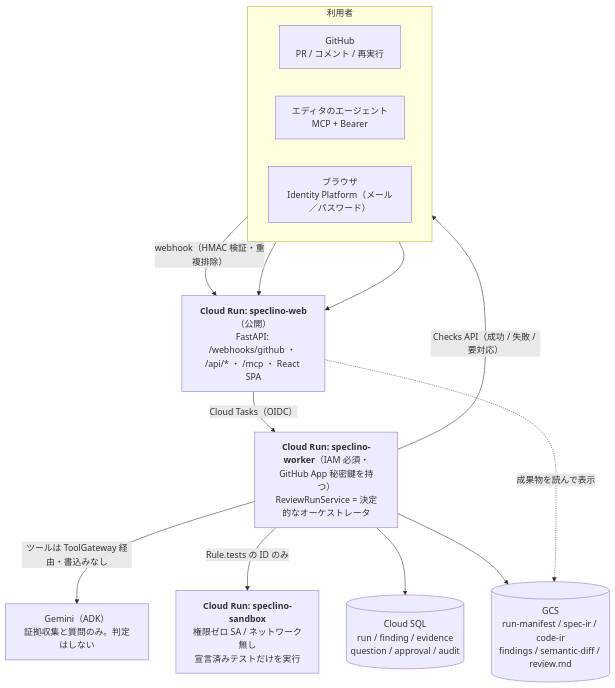
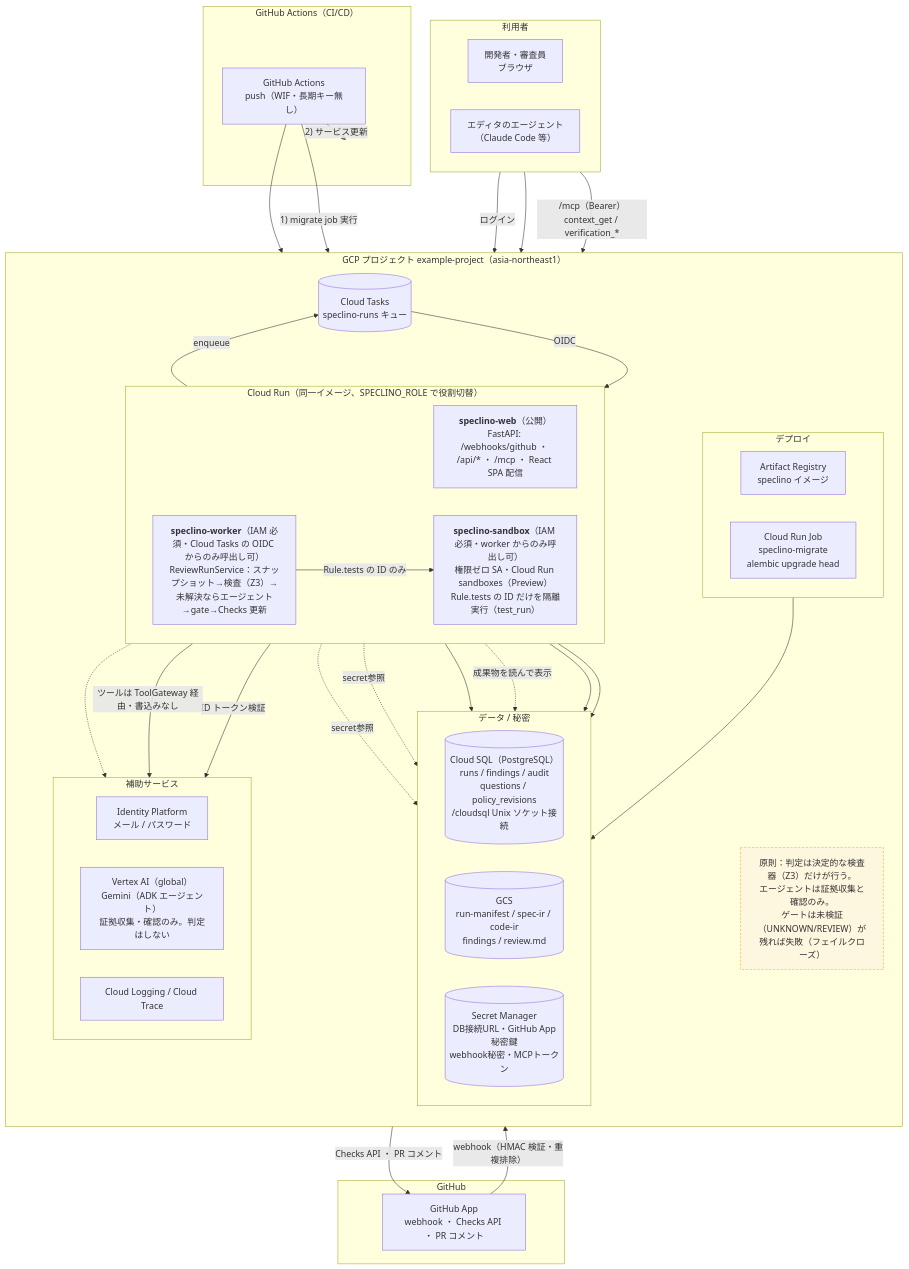
Before and after one commit to tanabe-yudai/speclino: the diagram in design/architecture.mmd, drawn with Mermaid. The commit also changed 3 other files, not shown here.

Commit message:
docs: 構成図を現在の本番構成に更新

```diff
--- a/design/architecture.mmd
+++ b/design/architecture.mmd
@@ -1,23 +1,76 @@
 flowchart TB
-  subgraph clients["利用者"]
+  subgraph USERS["利用者"]
     direction LR
-    GH["GitHub<br/>PR / コメント / 再実行"]
-    ED["エディタのエージェント<br/>MCP + Bearer"]
-    JU["ブラウザ<br/>Identity Platform（メール／パスワード）"]
+    DEV["開発者・審査員<br/>ブラウザ"]
+    ED["エディタのエージェント<br/>（Claude Code 等）"]
   end
 
-  WEB["<b>Cloud Run: speclino-web</b>（公開）<br/>FastAPI: /webhooks/github ・ /api/* ・ /mcp ・ React SPA"]
-  WORKER["<b>Cloud Run: speclino-worker</b>（IAM 必須・GitHub App 秘密鍵を持つ）<br/>ReviewRunService = 決定的なオーケストレータ"]
-  SANDBOX["<b>Cloud Run: speclino-sandbox</b><br/>権限ゼロ SA / ネットワーク無し<br/>宣言済みテストだけを実行"]
-  GEMINI["Gemini（ADK）<br/>証拠収集と質問のみ。判定はしない"]
+  subgraph GHAPPSG["GitHub"]
+    GHAPP["GitHub App<br/>webhook ・ Checks API ・ PR コメント"]
+  end
 
-  GH -- "webhook（HMAC 検証・重複排除）" --> WEB
-  ED --> WEB
-  JU --> WEB
-  WEB -- "Cloud Tasks（OIDC）" --> WORKER
-  WORKER -- "Checks API（成功 / 失敗 / 要対応）" --> GH
-  WORKER -- "ツールは ToolGateway 経由・書込みなし" --> GEMINI
+  subgraph GCP["GCP プロジェクト example-project（asia-northeast1）"]
+    direction TB
+
+    subgraph GCP_RUN["Cloud Run（同一イメージ、SPECLINO_ROLE で役割切替）"]
+      direction LR
+      WEB["<b>speclino-web</b>（公開）<br/>FastAPI: /webhooks/github ・ /api/* ・ /mcp ・ React SPA 配信"]
+      WORKER["<b>speclino-worker</b>（IAM 必須・Cloud Tasks の OIDC からのみ呼出し可）<br/>ReviewRunService：スナップショット→検査（Z3）→未解決ならエージェント→gate→Checks 更新"]
+      SANDBOX["<b>speclino-sandbox</b>（IAM 必須・worker からのみ呼出し可）<br/>権限ゼロ SA・Cloud Run sandboxes（Preview）<br/>Rule.tests の ID だけを隔離実行（test_run）"]
+    end
+
+    TASKS[("Cloud Tasks<br/>speclino-runs キュー")]
+
+    subgraph GCP_DATA["データ / 秘密"]
+      direction LR
+      SQL[("Cloud SQL（PostgreSQL）<br/>runs / findings / audit<br/>questions / policy_revisions<br/>/cloudsql Unix ソケット接続")]
+      GCS[("GCS<br/>run-manifest / spec-ir / code-ir<br/>findings / review.md")]
+      SECRETS[("Secret Manager<br/>DB接続URL・GitHub App秘密鍵<br/>webhook秘密・MCPトークン")]
+    end
+
+    subgraph GCP_AUX["補助サービス"]
+      direction LR
+      IDP["Identity Platform<br/>メール / パスワード"]
+      VERTEX["Vertex AI（global）<br/>Gemini（ADK エージェント）<br/>証拠収集・確認のみ。判定はしない"]
+      OBS["Cloud Logging / Cloud Trace"]
+    end
+
+    subgraph GCP_DEPLOY["デプロイ"]
+      direction LR
+      AR["Artifact Registry<br/>speclino イメージ"]
+      MIGRATE["Cloud Run Job<br/>speclino-migrate<br/>alembic upgrade head"]
+    end
+
+    NOTE["原則：判定は決定的な検査器（Z3）だけが行う。<br/>エージェントは証拠収集と確認のみ。<br/>ゲートは未検証（UNKNOWN/REVIEW）が残れば失敗（フェイルクローズ）"]
+  end
+
+  subgraph GHACTSG["GitHub Actions（CI/CD）"]
+    GHACT["GitHub Actions<br/>push（WIF・長期キー無し）"]
+  end
+
+  DEV -- "ログイン" --> IDP
+  DEV --> WEB
+  ED -- "/mcp（Bearer）<br/>context_get / verification_*" --> WEB
+  GHAPP -- "webhook（HMAC 検証・重複排除）" --> WEB
+  WEB -- "ID トークン検証" --> IDP
+  WEB -- enqueue --> TASKS
+  TASKS -- OIDC --> WORKER
+  WORKER -- "Checks API ・ PR コメント" --> GHAPP
+  WORKER -- "ツールは ToolGateway 経由・書込みなし" --> VERTEX
   WORKER -- "Rule.tests の ID のみ" --> SANDBOX
-  WORKER --> SQL[("Cloud SQL<br/>run / finding / evidence<br/>question / approval / audit")]
-  WORKER --> GCS[("GCS<br/>run-manifest / spec-ir / code-ir<br/>findings / semantic-diff / review.md")]
+  WEB --> SQL
+  WORKER --> SQL
+  MIGRATE --> SQL
   WEB -. "成果物を読んで表示" .-> GCS
+  WORKER --> GCS
+  WEB -. secret参照 .-> SECRETS
+  WORKER -. secret参照 .-> SECRETS
+
+  GHACT --> AR
+  GHACT -- "1) migrate job 実行" --> MIGRATE
+  GHACT -- "2) サービス更新" --> GCP_RUN
+
+  GCP_RUN -.-> OBS
+
+  classDef note fill:#fef7e0,stroke:#f9ab00,stroke-dasharray: 4 3,color:#333
+  class NOTE note
```
